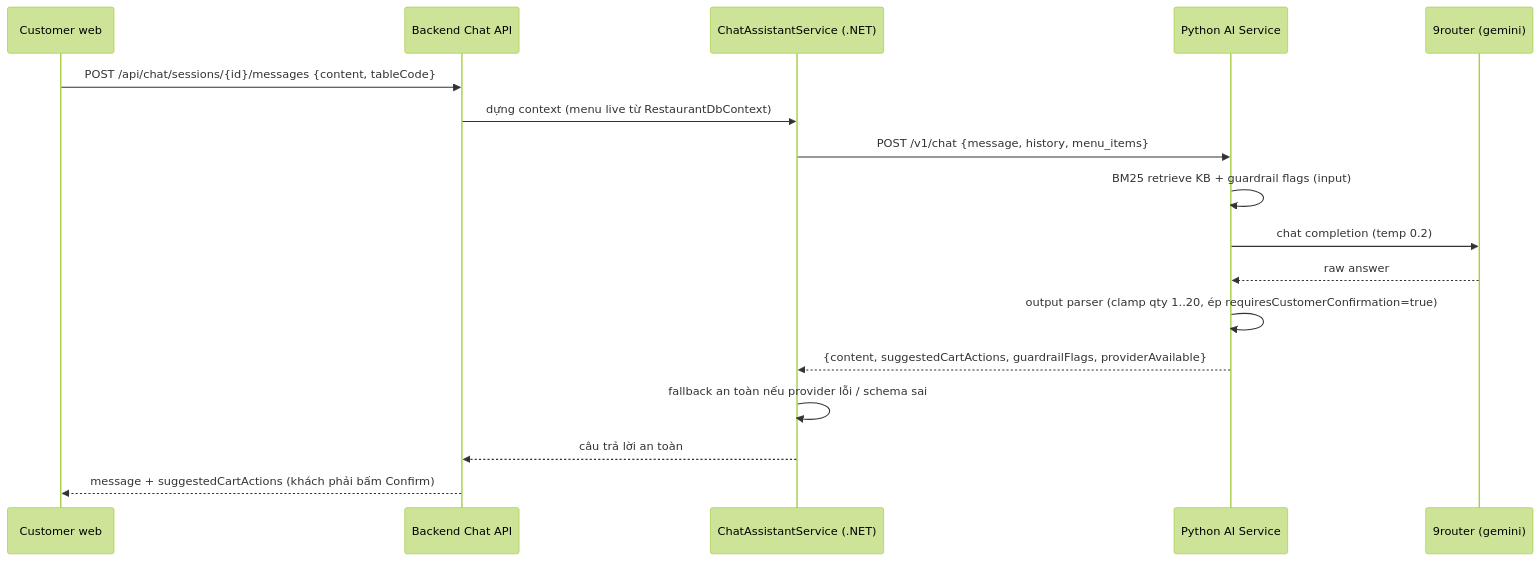
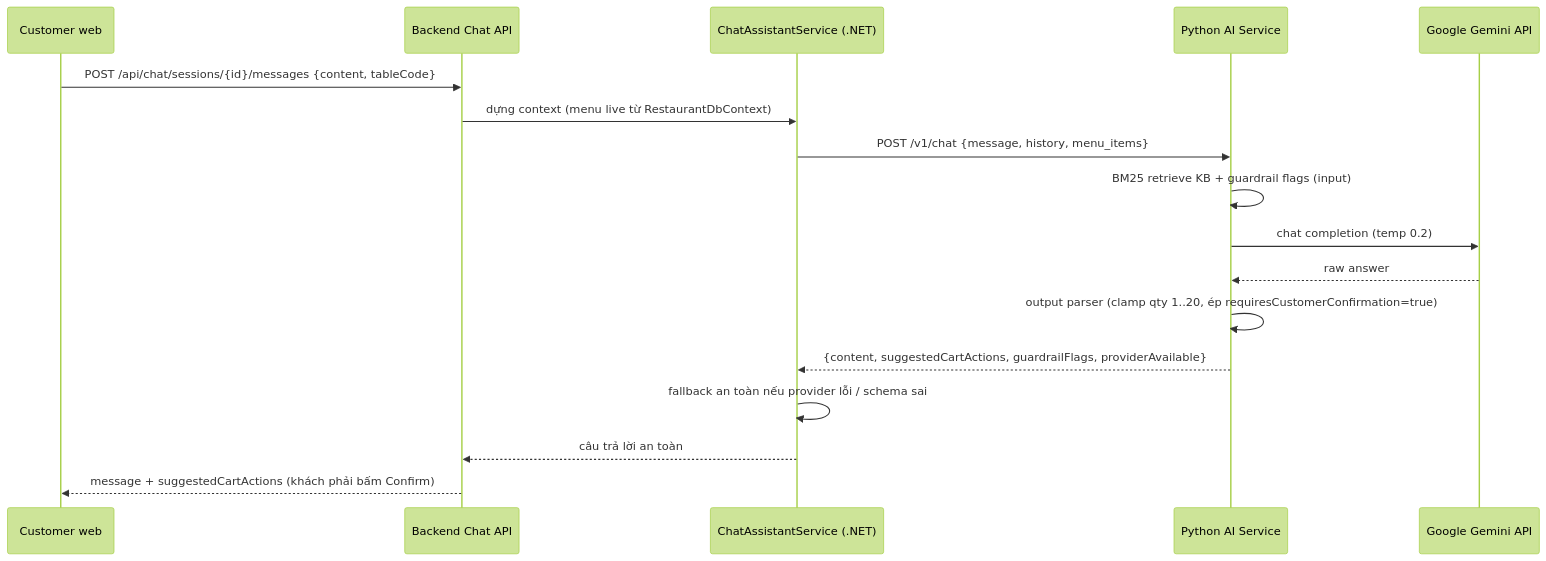
Diagram 11 of 12 in docs/SYSTEM_ANALYSIS_DESIGN.md (Anpham120/restaurant-qr-ai-ordering), drawn with Mermaid (forest theme) before and after one commit. The commit also changed other lines of this file and 16 other files, not shown here.

````diff
--- a/docs/SYSTEM_ANALYSIS_DESIGN.md
+++ b/docs/SYSTEM_ANALYSIS_DESIGN.md
@@ -391,19 +391,19 @@
 ```mermaid
 sequenceDiagram
     participant C as Customer web
     participant API as Backend Chat API
     participant AS as ChatAssistantService (.NET)
     participant AI as Python AI Service
-    participant R9 as 9router (gemini)
+    participant R9 as Google Gemini API
     C->>API: POST /api/chat/sessions/{id}/messages {content, tableCode}
     API->>AS: dựng context (menu live từ RestaurantDbContext)
     AS->>AI: POST /v1/chat {message, history, menu_items}
     AI->>AI: BM25 retrieve KB + guardrail flags (input)
     AI->>R9: chat completion (temp 0.2)
     R9-->>AI: raw answer
     AI->>AI: output parser (clamp qty 1..20, ép requiresCustomerConfirmation=true)
     AI-->>AS: {content, suggestedCartActions, guardrailFlags, providerAvailable}
     AS->>AS: fallback an toàn nếu provider lỗi / schema sai
     AS-->>API: câu trả lời an toàn
     API-->>C: message + suggestedCartActions (khách phải bấm Confirm)
 ```
````
